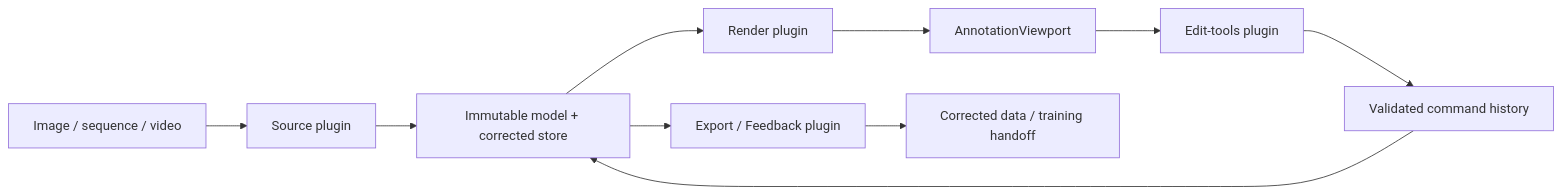
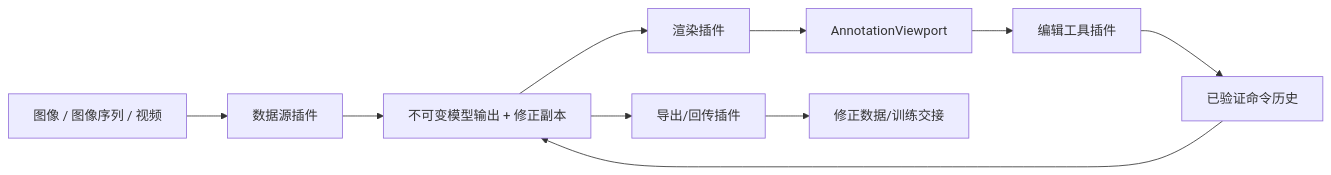
One commit to HZZ2Z/Automated-Annotation-System-Tool-Assignment6 changed the diagram in docs/architecture.md. Above: the diagram before and after it, drawn with Mermaid. The commit also changed other lines of this file and 9 other files, not shown here.

````diff
--- a/docs/architecture.md
+++ b/docs/architecture.md
@@ -5,12 +11,12 @@
 ```mermaid
 flowchart LR
-    Input[Image / sequence / video] --> Source[Source plugin]
-    Source --> Store[Immutable model + corrected store]
-    Store --> Render[Render plugin]
+    Input[图像 / 图像序列 / 视频] --> Source[数据源插件]
+    Source --> Store[不可变模型输出 + 修正副本]
+    Store --> Render[渲染插件]
     Render --> Viewport[AnnotationViewport]
-    Viewport --> Edit[Edit-tools plugin]
-    Edit --> Commands[Validated command history]
+    Viewport --> Edit[编辑工具插件]
+    Edit --> Commands[已验证命令历史]
     Commands --> Store
-    Store --> Feedback[Export / Feedback plugin]
-    Feedback --> Handoff[Corrected data / training handoff]
+    Store --> Feedback[导出/回传插件]
+    Feedback --> Handoff[修正数据/训练交接]
 ```
````
